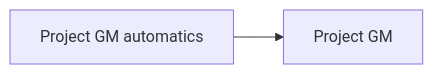
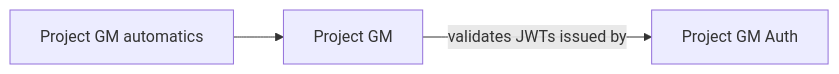
The diagram in docs/repos/index.md (pabarreira89dev/RPG-Project), drawn with Mermaid before and after one commit. The commit also changed other lines of this file and 67 other files, not shown here.

````diff
--- a/docs/repos/index.md
+++ b/docs/repos/index.md
@@ -26,4 +27,5 @@
 ```mermaid
 graph LR
     ProjectGMAutomatics["Project GM automatics"] --> ProjectGM["Project GM"]
+    ProjectGM -->|validates JWTs issued by| ProjectGMAuth["Project GM Auth"]
 ```
````
